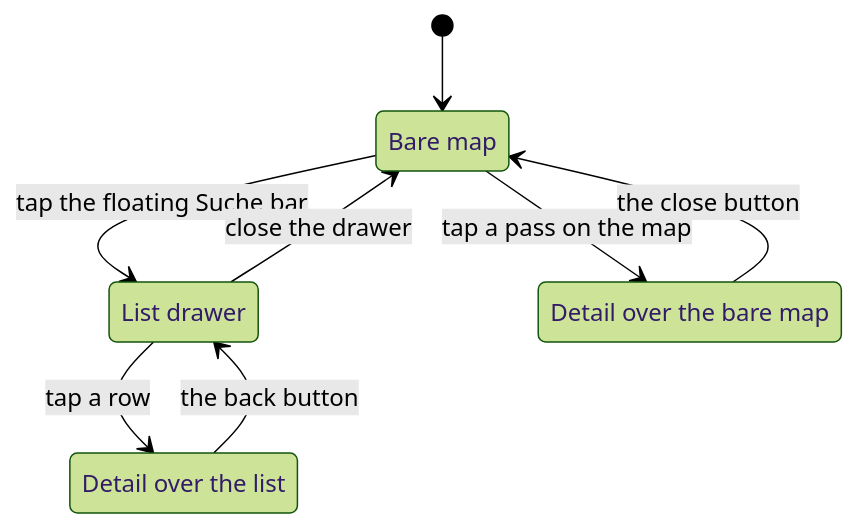
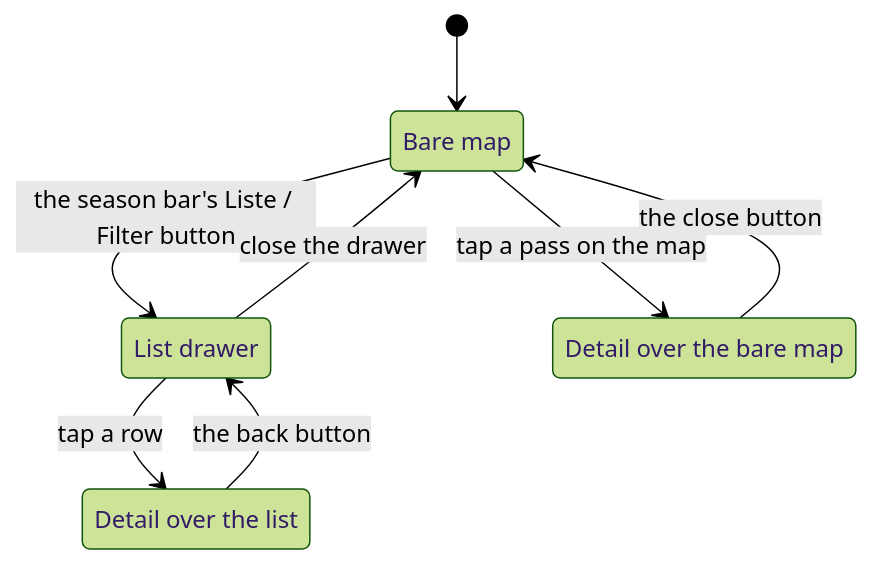
Before and after one commit to mdugue/alpen: the diagram in docs/ui-conventions.md, drawn with Mermaid (forest theme). The commit also changed other lines of this file and 16 other files, not shown here.

````diff
--- a/docs/ui-conventions.md
+++ b/docs/ui-conventions.md
@@ -126,15 +195,15 @@
 ```mermaid
 stateDiagram-v2
   [*] --> Bare
   Bare: Bare map
   List: List drawer
   DetailAlone: Detail over the bare map
   DetailOverList: Detail over the list
 
-  Bare --> List: tap the floating Suche bar
+  Bare --> List: the season bar's Liste / Filter button
   Bare --> DetailAlone: tap a pass on the map
   List --> DetailOverList: tap a row
   List --> Bare: close the drawer
   DetailAlone --> Bare: the close button
   DetailOverList --> List: the back button
 ```
````
